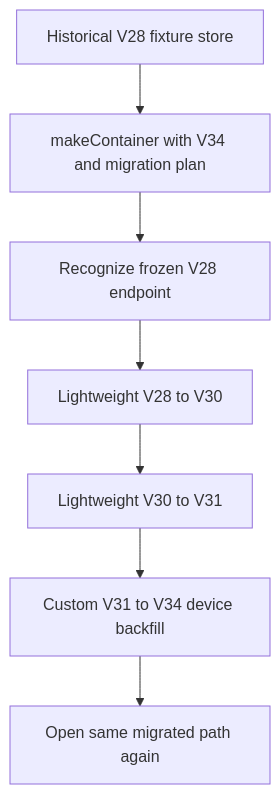
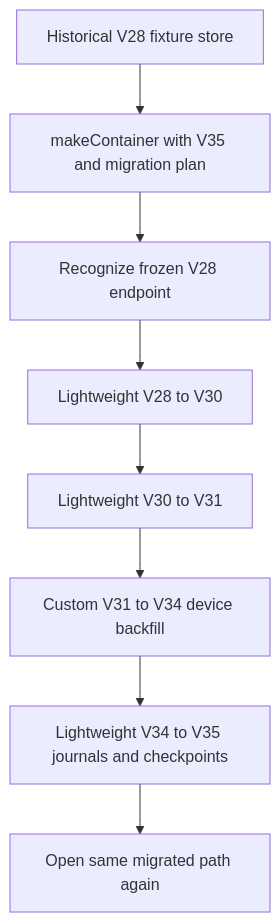
Before and after one commit to AkinoKaede/Termind: the second of 3 diagrams in openwiki/concepts/persistence-and-secrets.md, drawn with Mermaid. The commit also changed other lines of this file and 92 other files, not shown here.

````diff
--- a/openwiki/concepts/persistence-and-secrets.md
+++ b/openwiki/concepts/persistence-and-secrets.md
@@ -163,9 +167,10 @@
 ```mermaid
 flowchart TD
-    Fixture["Historical V28 fixture store"] --> Factory["makeContainer with V34 and migration plan"]
+    Fixture["Historical V28 fixture store"] --> Factory["makeContainer with V35 and migration plan"]
     Factory --> V28["Recognize frozen V28 endpoint"]
     V28 --> V30["Lightweight V28 to V30"]
     V30 --> V31["Lightweight V30 to V31"]
     V31 --> V34["Custom V31 to V34 device backfill"]
-    V34 --> Reopen["Open same migrated path again"]
+    V34 --> V35["Lightweight V34 to V35 journals and checkpoints"]
+    V35 --> Reopen["Open same migrated path again"]
 ```
````
